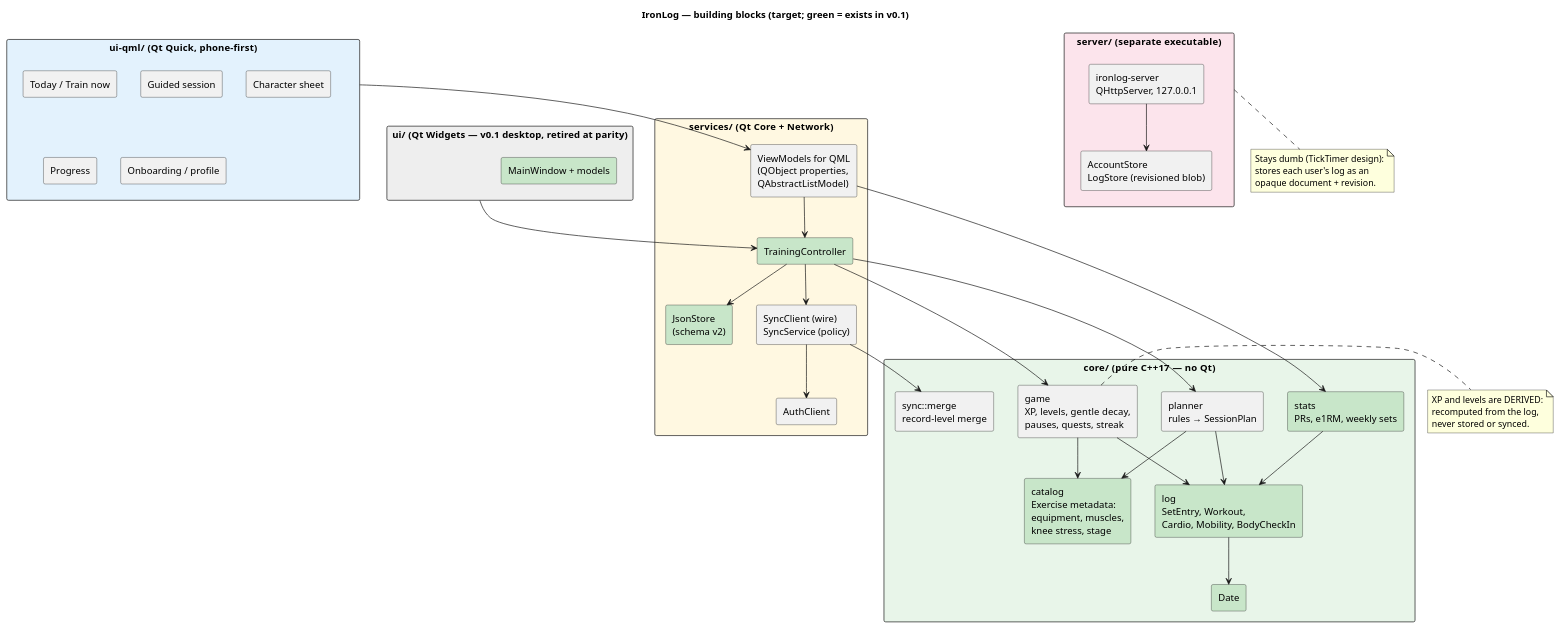
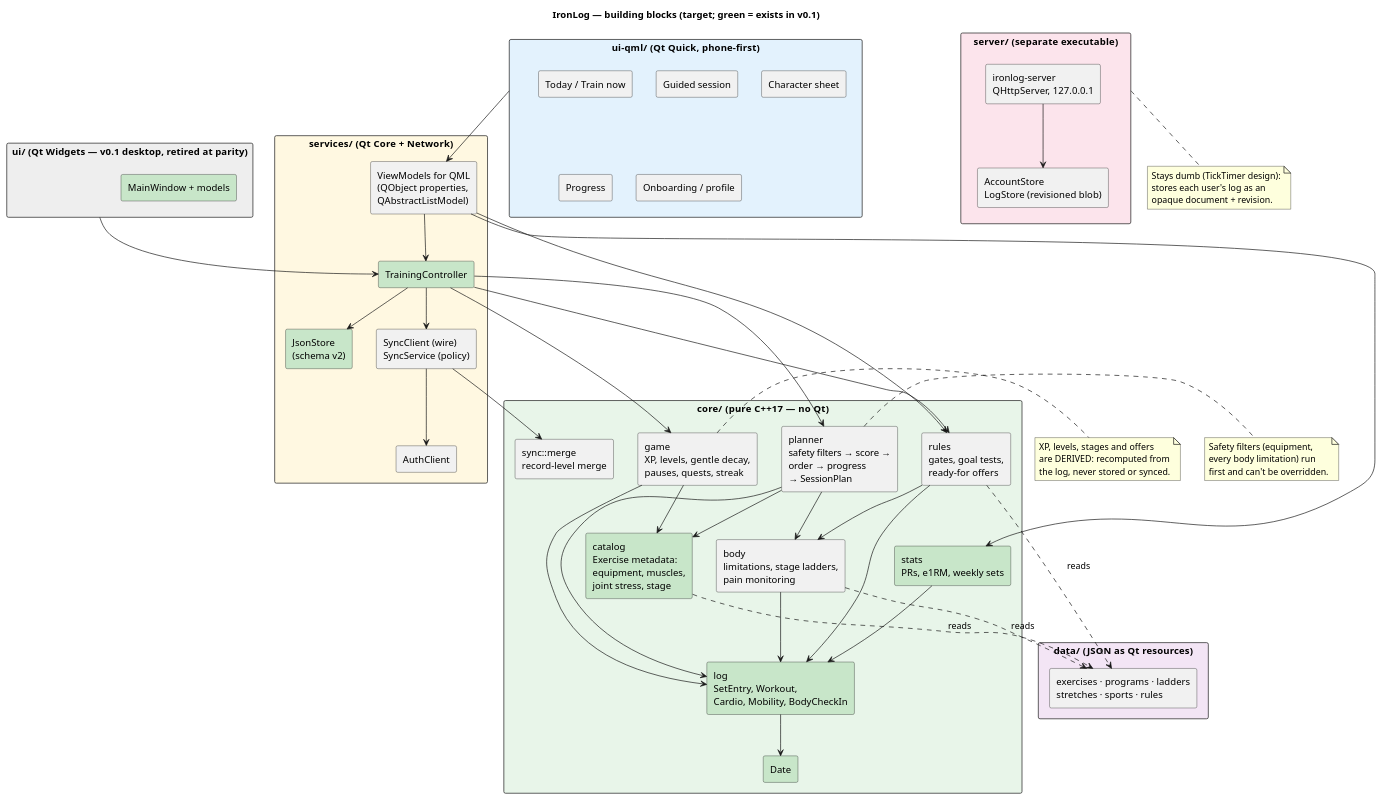
The diagram in diagrams/building_blocks.puml (LovedArie/IronLog), drawn with PlantUML before and after one commit. The commit also changed 16 other files, not shown here.

```diff
--- a/diagrams/building_blocks.puml
+++ b/diagrams/building_blocks.puml
@@ -1,79 +1,100 @@
 @startuml building_blocks
 ' arc42 §5 — Building blocks, target (v1). Green = exists in v0.1.
 ' Arrows = "uses" and only point down. The server shares core/ and the
 ' sync protocol, never the UI.
 ' Render: plantuml -tpng diagrams/*.puml -o rendered
 
 title IronLog — building blocks (target; green = exists in v0.1)
 
 skinparam shadowing false
 skinparam defaultFontName Arial
 skinparam packageStyle rectangle
 skinparam componentStyle rectangle
 
 package "ui-qml/   (Qt Quick, phone-first)" as QML #E3F2FD {
   component "Today / Train now" as U1
   component "Guided session" as U2
   component "Character sheet" as U3
   component "Progress" as U4
   component "Onboarding / profile" as U5
 }
 
 package "ui/   (Qt Widgets — v0.1 desktop, retired at parity)" as WID #EEEEEE {
   component "MainWindow + models" as W1 #C8E6C9
 }
 
 package "services/   (Qt Core + Network)" as SVC #FFF8E1 {
   component "TrainingController" as TC #C8E6C9
   component "JsonStore\n(schema v2)" as JS #C8E6C9
   component "SyncClient (wire)\nSyncService (policy)" as SY
   component "AuthClient" as AU
   component "ViewModels for QML\n(QObject properties,\nQAbstractListModel)" as VM
 }
 
 package "core/   (pure C++17 — no Qt)" as CORE #E8F5E9 {
   component "log\nSetEntry, Workout,\nCardio, Mobility, BodyCheckIn" as LOG #C8E6C9
-  component "catalog\nExercise metadata:\nequipment, muscles,\nknee stress, stage" as CAT #C8E6C9
+  component "catalog\nExercise metadata:\nequipment, muscles,\njoint stress, stage" as CAT #C8E6C9
+  component "body\nlimitations, stage ladders,\npain monitoring" as BODY
   component "stats\nPRs, e1RM, weekly sets" as ST #C8E6C9
-  component "planner\nrules → SessionPlan" as PL
+  component "planner\nsafety filters → score →\norder → progress\n→ SessionPlan" as PL
+  component "rules\ngates, goal tests,\nready-for offers" as RU
   component "game\nXP, levels, gentle decay,\npauses, quests, streak" as GM
   component "sync::merge\nrecord-level merge" as MG
   component "Date" as DT #C8E6C9
+}
+
+package "data/   (JSON as Qt resources)" as DATA #F3E5F5 {
+  component "exercises · programs · ladders\nstretches · sports · rules" as DF
 }
 
 package "server/   (separate executable)" as SERVER #FCE4EC {
   component "ironlog-server\nQHttpServer, 127.0.0.1" as HS
   component "AccountStore\nLogStore (revisioned blob)" as SS
 }
 
 QML --> VM
 WID --> TC
 VM --> TC
 TC --> JS
 TC --> SY
 SY --> AU
 SY --> MG
 TC --> PL
 TC --> GM
 VM --> ST
 PL --> CAT
 PL --> LOG
+PL --> BODY
+TC --> RU
+VM --> RU
+RU --> LOG
+RU --> BODY
+BODY --> LOG
+CAT ..> DF : reads
+BODY ..> DF : reads
+RU ..> DF : reads
 GM --> LOG
 GM --> CAT
 ST --> LOG
 LOG --> DT
 HS --> SS
 
 note right of GM
-  XP and levels are DERIVED:
-  recomputed from the log,
-  never stored or synced.
+  XP, levels, stages and offers
+  are DERIVED: recomputed from
+  the log, never stored or synced.
+end note
+
+note right of PL
+  Safety filters (equipment,
+  every body limitation) run
+  first and can't be overridden.
 end note
 
 note bottom of SERVER
   Stays dumb (TickTimer design):
   stores each user's log as an
   opaque document + revision.
 end note
 
 @enduml
```
